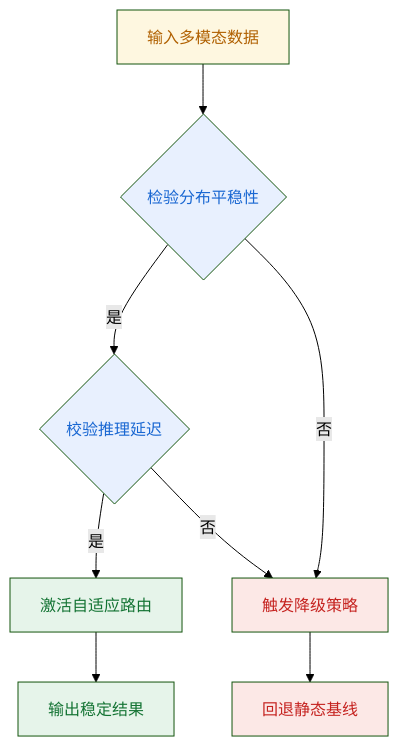
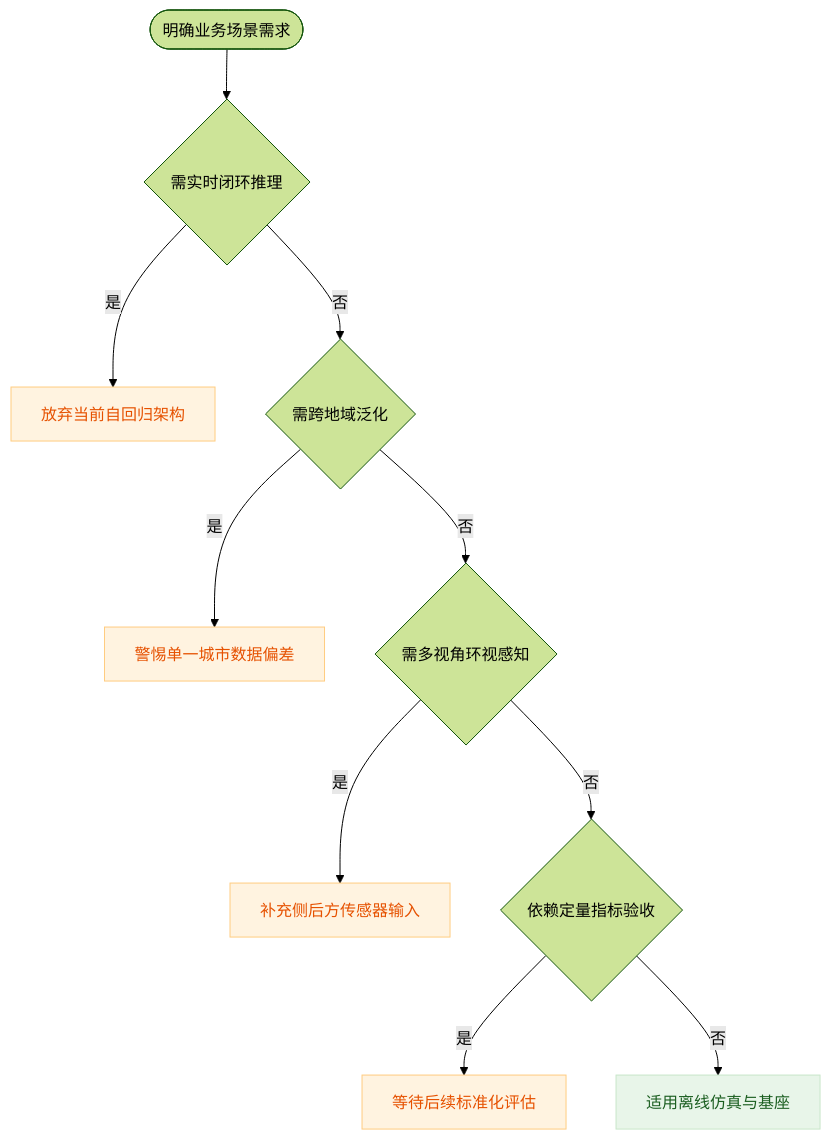
Before and after one commit to ShinewineW/paper-rolling: the tenth of 11 diagrams in person_vault/2026-06-08_GAIA1_2309.17080/report.md, drawn with Mermaid (forest theme). The commit also changed other lines of this file and 51 other files, not shown here.

````diff
--- a/person_vault/2026-06-08_GAIA1_2309.17080/report.md
+++ b/person_vault/2026-06-08_GAIA1_2309.17080/report.md
@@ -399,20 +626,16 @@
 ```mermaid
 flowchart TD
-    classDef check fill:#e8f0fe,color:#1967d2;
-    classDef success fill:#e6f4ea,color:#137333;
-    classDef fail fill:#fce8e6,color:#c5221f;
-    classDef data fill:#fef7e0,color:#b06000;
-
-    start["输入多模态数据"] --> check_dist{检验分布平稳性}
-    check_dist -->|是| check_latency{校验推理延迟}
-    check_dist -->|否| route_degraded["触发降级策略"]
-    check_latency -->|是| route_stable["激活自适应路由"]
-    check_latency -->|否| route_degraded
-    route_stable --> end_success["输出稳定结果"]
-    route_degraded --> end_fail["回退静态基线"]
-
-    class check_dist,check_latency check;
-    class route_stable,end_success success;
-    class route_degraded,end_fail fail;
-    class start data;
+    start(["明确业务场景需求"]) --> q1{需实时闭环推理}
+    q1 -->|是| r1["放弃当前自回归架构"]
+    q1 -->|否| q2{需跨地域泛化}
+    q2 -->|是| r2["警惕单一城市数据偏差"]
+    q2 -->|否| q3{需多视角环视感知}
+    q3 -->|是| r3["补充侧后方传感器输入"]
+    q3 -->|否| q4{依赖定量指标验收}
+    q4 -->|是| r4["等待后续标准化评估"]
+    q4 -->|否| r5["适用离线仿真与基座"]
+    classDef warn fill:#fff3e0,color:#e65100,stroke:#ffcc80;
+    classDef pass fill:#e8f5e9,color:#1b5e20,stroke:#c8e6c9;
+    class r1,r2,r3,r4 warn;
+    class r5 pass;
 ```
````
